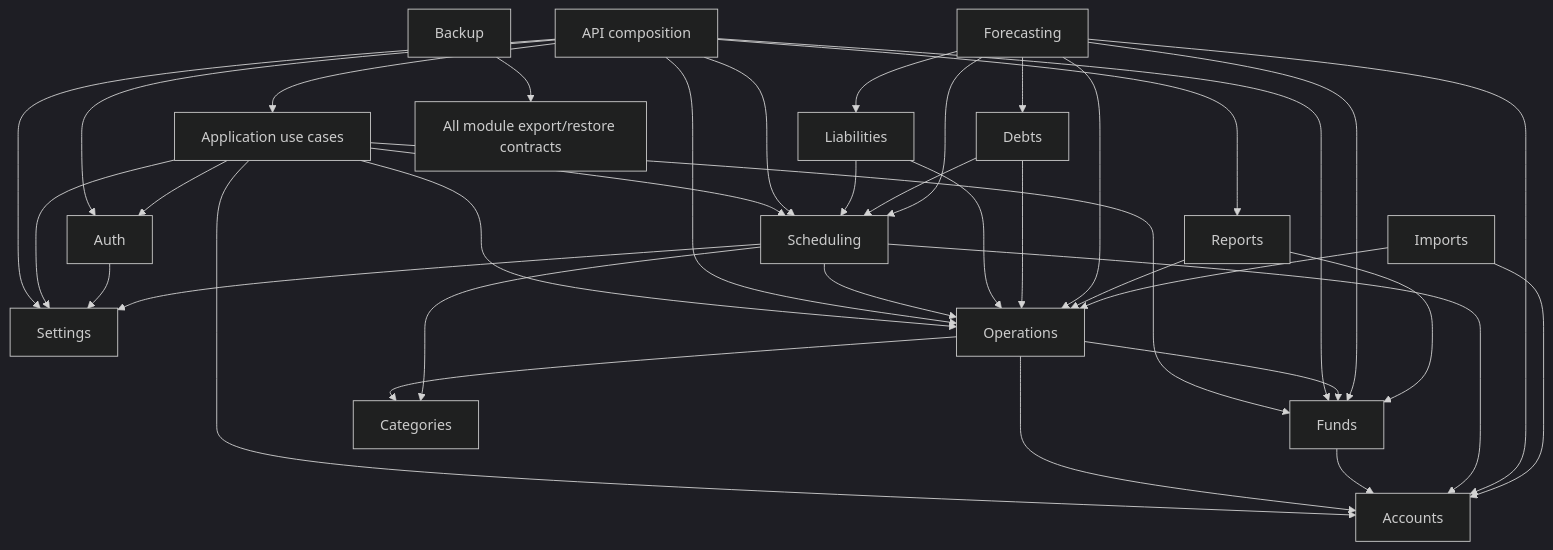
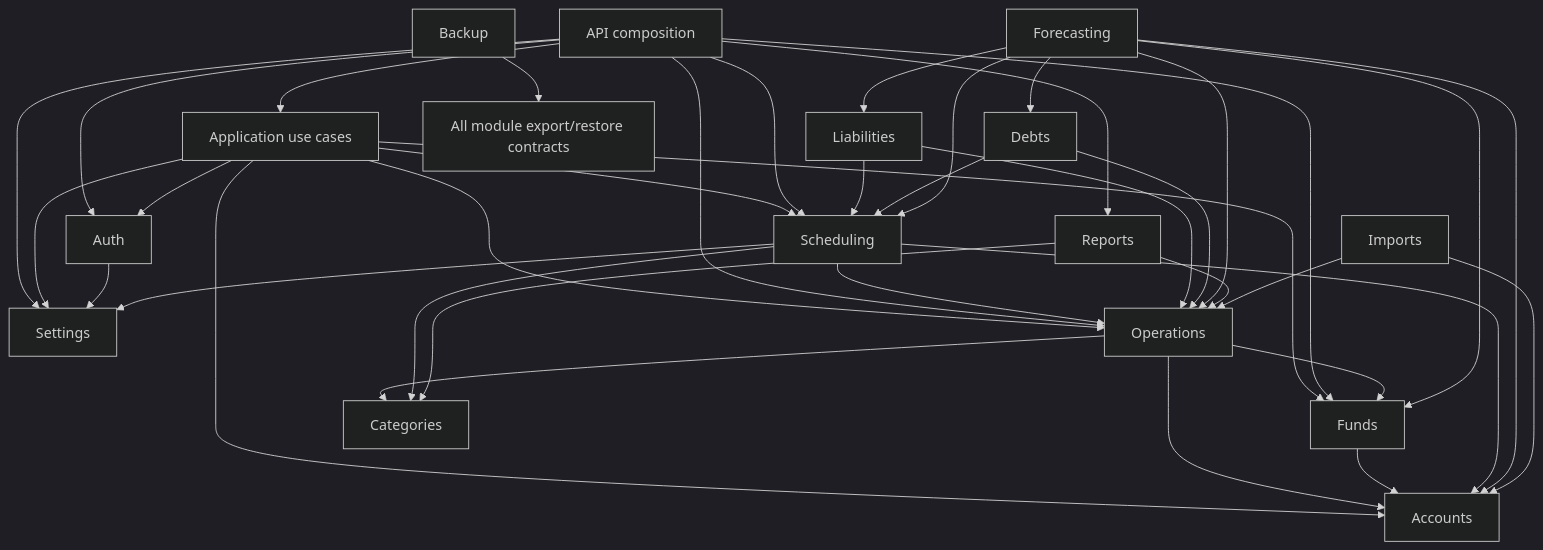
One commit to Gollardo/hermes changed the diagram in docs/architecture/module-boundaries.md. Above: the diagram before and after it, drawn with Mermaid (dark theme). The commit also changed 72 other files, not shown here.

````diff
--- a/docs/architecture/module-boundaries.md
+++ b/docs/architecture/module-boundaries.md
@@ -31,40 +31,40 @@
 ```mermaid
 flowchart TB
     API["API composition"] --> Auth
     API --> Settings
     API --> Application["Application use cases"]
     Application --> Auth
     Application --> Settings
     Application --> Accounts
     Application --> Operations
     Application --> Funds
     Application --> Scheduling
     Auth --> Settings
     API --> Operations
     API --> Funds
     API --> Scheduling
     API --> Reports
     Operations --> Accounts
     Operations --> Categories
     Operations --> Funds
     Funds --> Accounts
     Scheduling --> Operations
     Scheduling --> Accounts
     Scheduling --> Categories
     Scheduling --> Settings
     Liabilities --> Scheduling
     Liabilities --> Operations
     Debts --> Scheduling
     Debts --> Operations
     Forecasting --> Accounts
     Forecasting --> Operations
     Forecasting --> Funds
     Forecasting --> Scheduling
     Forecasting --> Liabilities
     Forecasting --> Debts
     Reports --> Operations
-    Reports --> Funds
+    Reports --> Categories
     Imports --> Operations
     Imports --> Accounts
     Backup --> Modules["All module export/restore contracts"]
 ```
````
